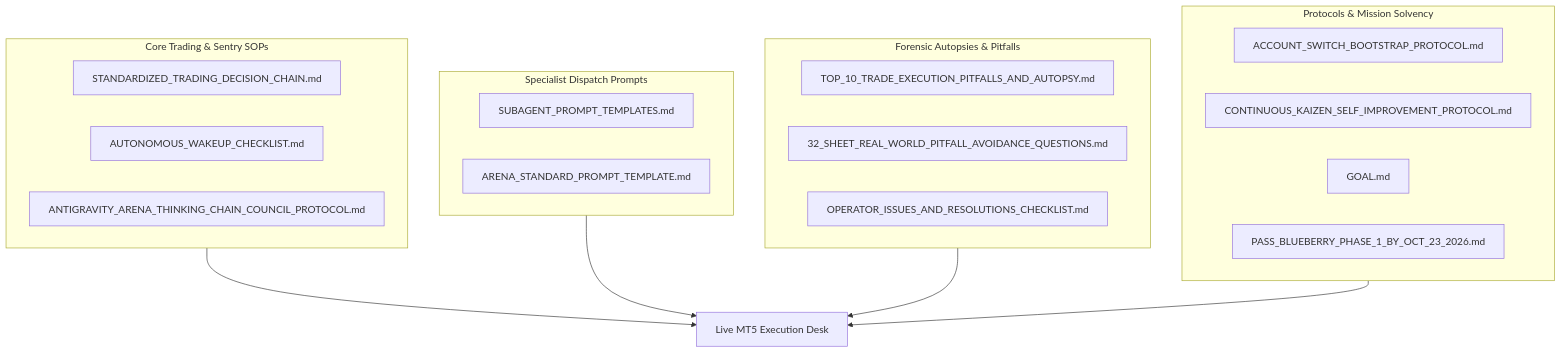
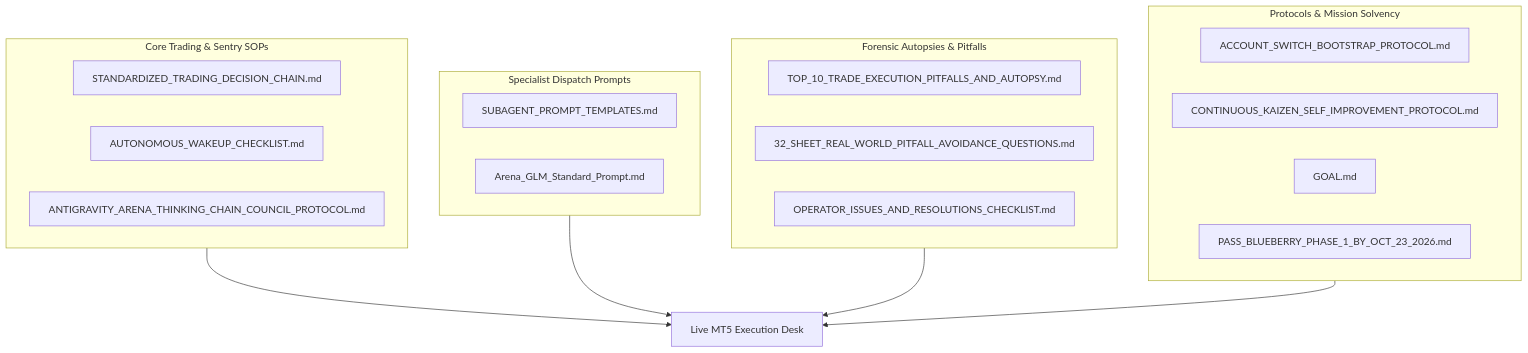
One commit to kbsingh1399/Trading_2 changed the diagram in Data/Manditory/README.md. Above: the diagram before and after it, drawn with Mermaid. The commit also changed other lines of this file and 14 other files, not shown here.

````diff
--- a/Data/Manditory/README.md
+++ b/Data/Manditory/README.md
@@ -16,31 +16,31 @@
 ```mermaid
 flowchart TD
     subgraph Core_SOPs["Core Trading & Sentry SOPs"]
         S1["STANDARDIZED_TRADING_DECISION_CHAIN.md"]
         S2["AUTONOMOUS_WAKEUP_CHECKLIST.md"]
         S3["ANTIGRAVITY_ARENA_THINKING_CHAIN_COUNCIL_PROTOCOL.md"]
     end
 
     subgraph Prompts["Specialist Dispatch Prompts"]
         P1["SUBAGENT_PROMPT_TEMPLATES.md"]
-        P2["ARENA_STANDARD_PROMPT_TEMPLATE.md"]
+        P2["Arena_GLM_Standard_Prompt.md"]
     end
 
     subgraph Autopsies["Forensic Autopsies & Pitfalls"]
         A1["TOP_10_TRADE_EXECUTION_PITFALLS_AND_AUTOPSY.md"]
         A2["32_SHEET_REAL_WORLD_PITFALL_AVOIDANCE_QUESTIONS.md"]
         A3["OPERATOR_ISSUES_AND_RESOLUTIONS_CHECKLIST.md"]
     end
 
     subgraph Operations["Protocols & Mission Solvency"]
         O1["ACCOUNT_SWITCH_BOOTSTRAP_PROTOCOL.md"]
         O2["CONTINUOUS_KAIZEN_SELF_IMPROVEMENT_PROTOCOL.md"]
         O3["GOAL.md"]
         O4["PASS_BLUEBERRY_PHASE_1_BY_OCT_23_2026.md"]
     end
 
     Core_SOPs --> MT5["Live MT5 Execution Desk"]
     Prompts --> MT5
     Autopsies --> MT5
     Operations --> MT5
 ```
````
